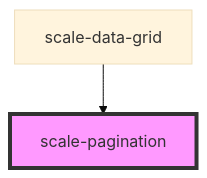
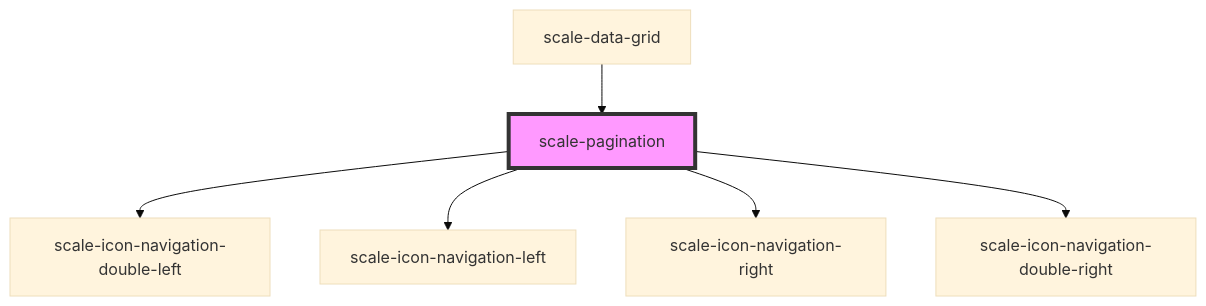
Before and after one commit to telekom/scale: the diagram in packages/components/src/components/pagination/readme.md, drawn with Mermaid (base theme). The commit also changed other lines of this file and 2 other files, not shown here.

````diff
--- a/packages/components/src/components/pagination/readme.md
+++ b/packages/components/src/components/pagination/readme.md
@@ -53,5 +60,9 @@
 ```mermaid
 graph TD;
+  scale-pagination --> scale-icon-navigation-double-left
+  scale-pagination --> scale-icon-navigation-left
+  scale-pagination --> scale-icon-navigation-right
+  scale-pagination --> scale-icon-navigation-double-right
   scale-data-grid --> scale-pagination
   style scale-pagination fill:#f9f,stroke:#333,stroke-width:4px
 ```
````
